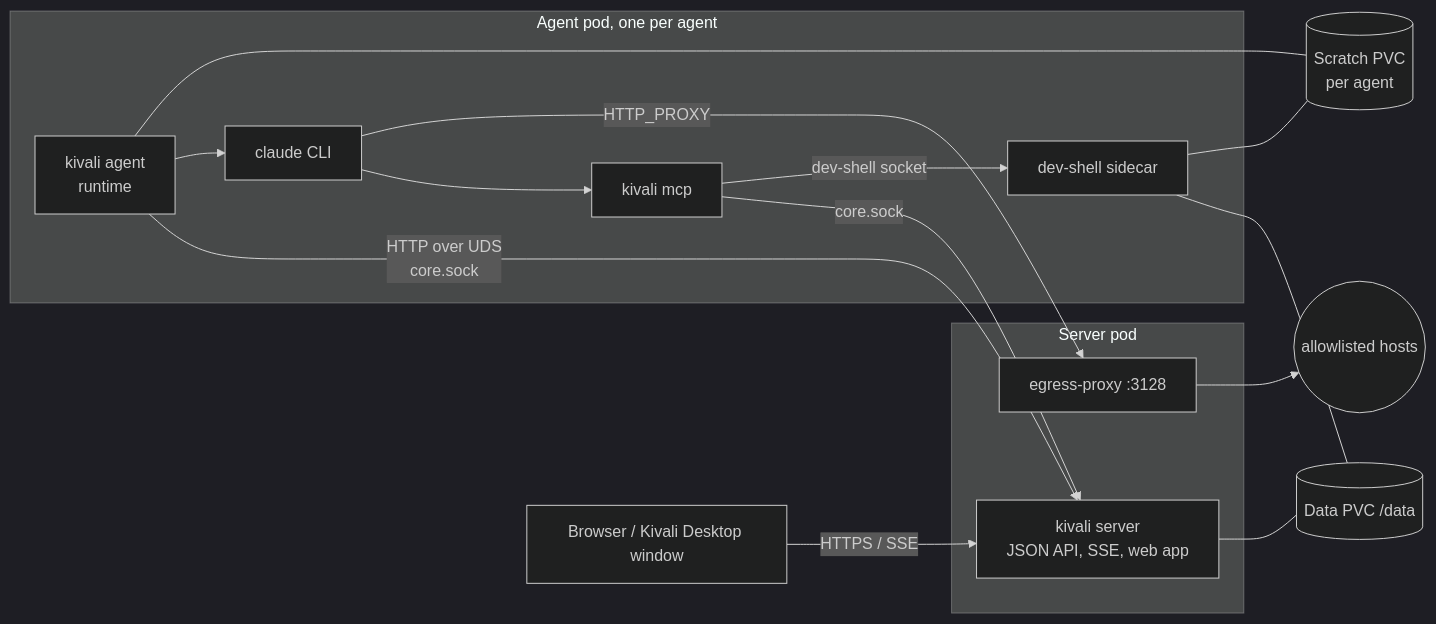
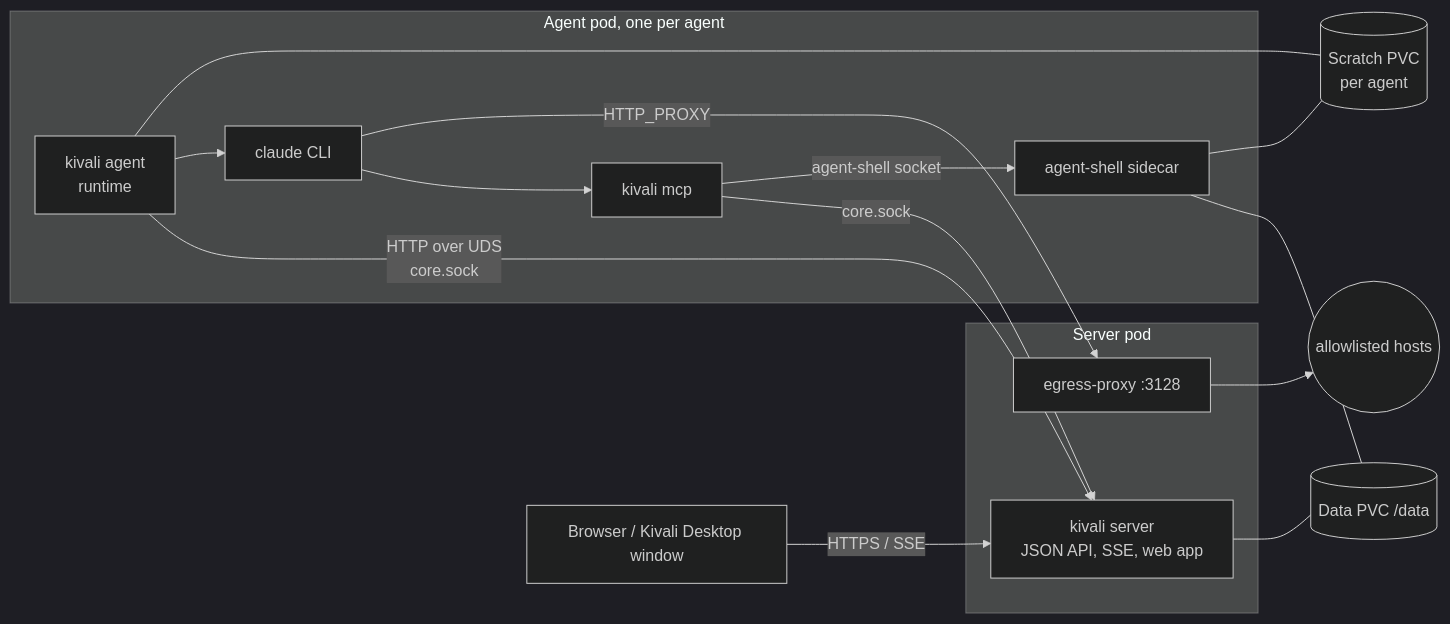
Before and after one commit to kivali-ai/kivali: the first of 2 diagrams in docs/developers/architecture.md, drawn with Mermaid (dark theme). The commit also changed other lines of this file and 67 other files, not shown here.

First line of the commit message:
Rename dev-shell to agent-shell

````diff
--- a/docs/developers/architecture.md
+++ b/docs/developers/architecture.md
@@ -10,26 +10,26 @@
 ```mermaid
 flowchart LR
   browser[Browser / Kivali Desktop window]
   subgraph server_pod[Server pod]
     core[kivali server<br/>JSON API, SSE, web app]
     proxy[egress-proxy :3128]
   end
   subgraph agent_pod[Agent pod, one per agent]
     runtime[kivali agent<br/>runtime]
     cli[claude CLI]
     mcp[kivali mcp]
-    shell[dev-shell sidecar]
+    shell[agent-shell sidecar]
   end
   data[(Data PVC /data)]
   scratch[(Scratch PVC<br/>per agent)]
   browser -- HTTPS / SSE --> core
   core --- data
   runtime -- HTTP over UDS<br/>core.sock --> core
   runtime --> cli --> mcp
   mcp -- core.sock --> core
-  mcp -- dev-shell socket --> shell
+  mcp -- agent-shell socket --> shell
   shell --- data
   shell --- scratch
   runtime --- scratch
   cli -- HTTP_PROXY --> proxy --> internet((allowlisted hosts))
 ```
````
